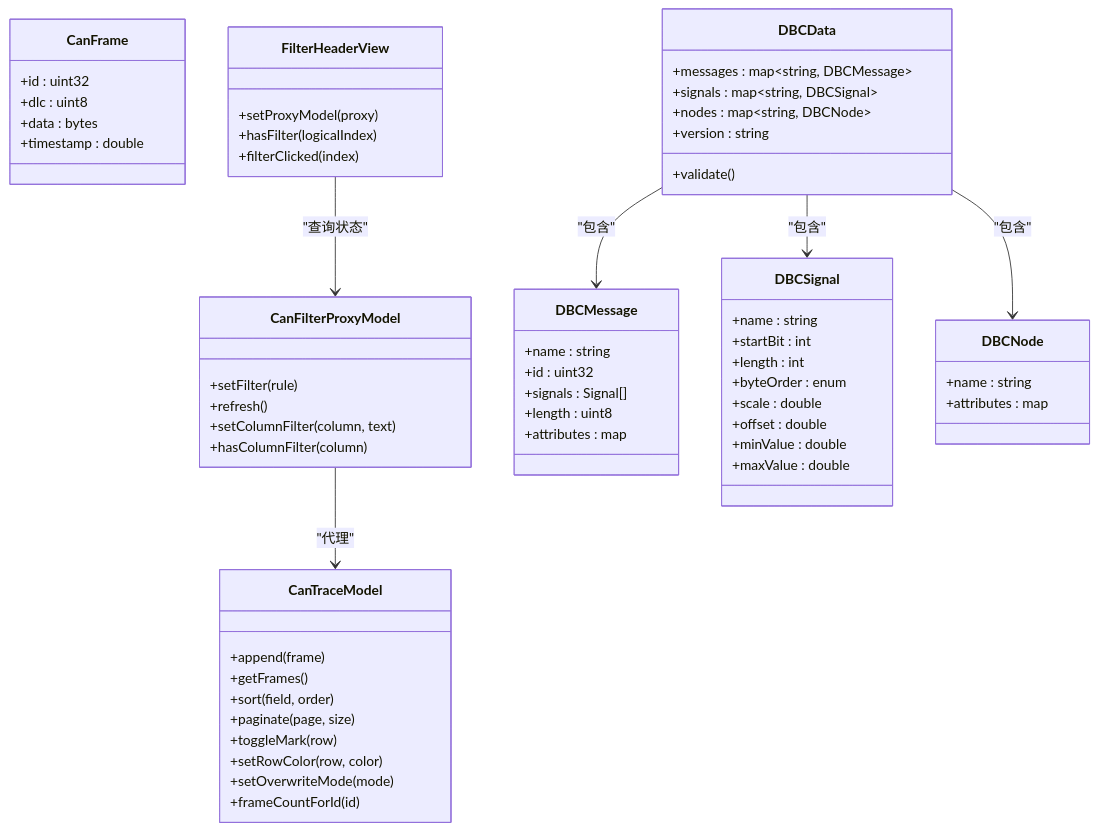
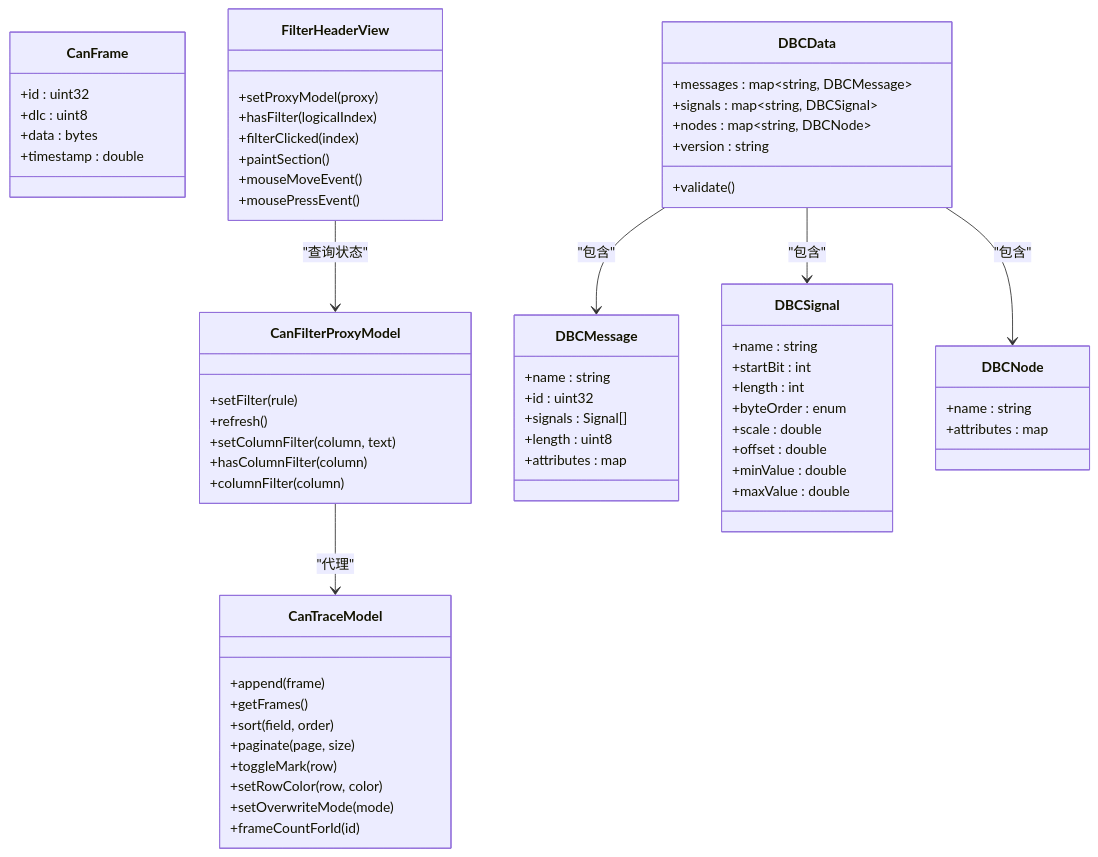
The third of 8 diagrams in .qoder/repowiki/zh/content/项目概述/CAN总线分析工具.md (jakecai1225-design/OpenBus), drawn with Mermaid before and after one commit. The commit also changed other lines of this file and 25 other files, not shown here.

````diff
--- a/.qoder/repowiki/zh/content/项目概述/CAN总线分析工具.md
+++ b/.qoder/repowiki/zh/content/项目概述/CAN总线分析工具.md
@@ -427,63 +443,67 @@
 ```mermaid
 classDiagram
 class CanFrame {
 +id : uint32
 +dlc : uint8
 +data : bytes
 +timestamp : double
 }
 class CanTraceModel {
 +append(frame)
 +getFrames()
 +sort(field, order)
 +paginate(page, size)
 +toggleMark(row)
 +setRowColor(row, color)
 +setOverwriteMode(mode)
 +frameCountForId(id)
 }
 class CanFilterProxyModel {
 +setFilter(rule)
 +refresh()
 +setColumnFilter(column, text)
 +hasColumnFilter(column)
++columnFilter(column)
 }
 class FilterHeaderView {
 +setProxyModel(proxy)
 +hasFilter(logicalIndex)
 +filterClicked(index)
++paintSection()
++mouseMoveEvent()
++mousePressEvent()
 }
 class DBCMessage {
 +name : string
 +id : uint32
 +signals : Signal[]
 +length : uint8
 +attributes : map
 }
 class DBCSignal {
 +name : string
 +startBit : int
 +length : int
 +byteOrder : enum
 +scale : double
 +offset : double
 +minValue : double
 +maxValue : double
 }
 class DBCNode {
 +name : string
 +attributes : map
 }
 class DBCData {
 +messages : map~string, DBCMessage~
 +signals : map~string, DBCSignal~
 +nodes : map~string, DBCNode~
 +version : string
 +validate()
 }
 CanFilterProxyModel --> CanTraceModel : "代理"
 FilterHeaderView --> CanFilterProxyModel : "查询状态"
 DBCData --> DBCMessage : "包含"
 DBCData --> DBCSignal : "包含"
 DBCData --> DBCNode : "包含"
 ```
````
